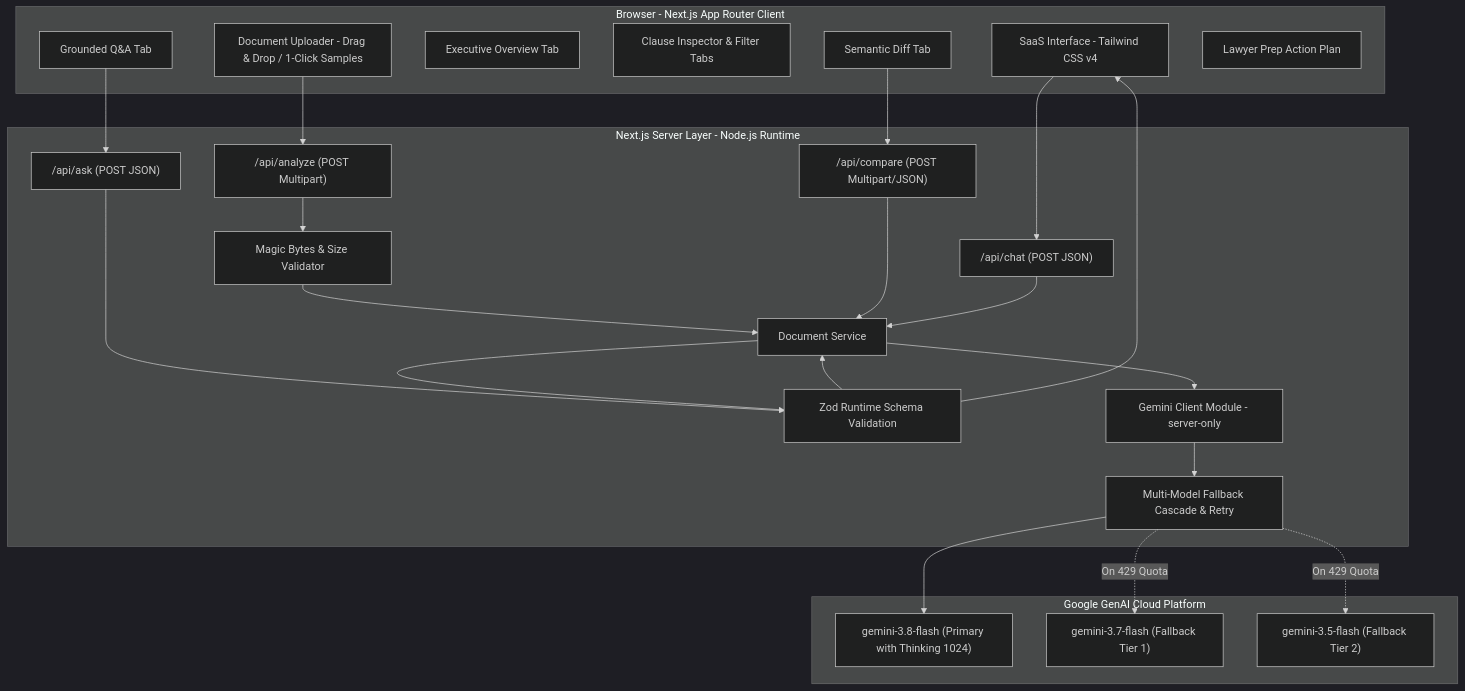
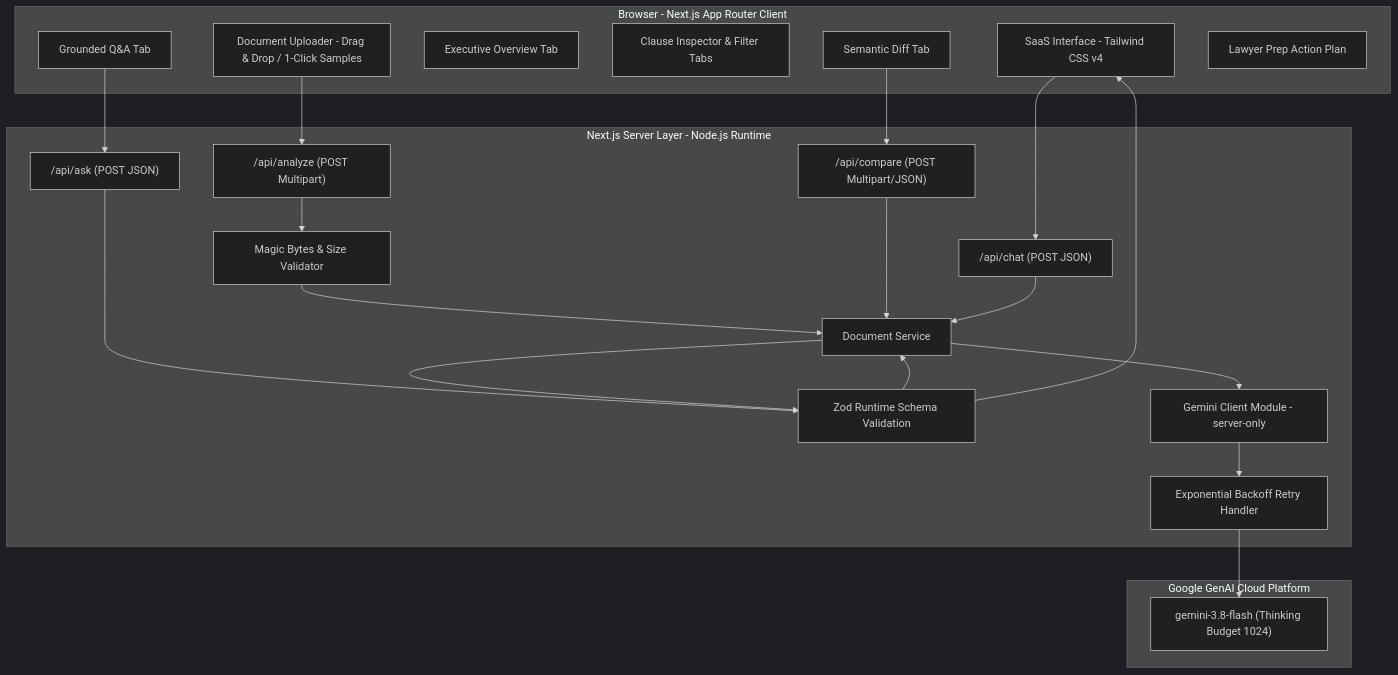
The diagram in README.md (SayanModakDev/clausewise-ai), drawn with Mermaid (dark theme) before and after one commit. The commit also changed other lines of this file and 6 other files, not shown here.

Commit message:
feat: add core UI components, Gemini integration module, and robust retry handler

````diff
--- a/README.md
+++ b/README.md
@@ -126,48 +126,43 @@
 ```mermaid
 flowchart TD
     subgraph Client [Browser - Next.js App Router Client]
         UI[SaaS Interface - Tailwind CSS v4]
         Upload[Document Uploader - Drag & Drop / 1-Click Samples]
         Overview[Executive Overview Tab]
         Clauses[Clause Inspector & Filter Tabs]
         Ask[Grounded Q&A Tab]
         Compare[Semantic Diff Tab]
         ActionPlan[Lawyer Prep Action Plan]
     end
 
     subgraph Server [Next.js Server Layer - Node.js Runtime]
         API_Analyze["/api/analyze (POST Multipart)"]
         API_Ask["/api/ask (POST JSON)"]
         API_Compare["/api/compare (POST Multipart/JSON)"]
         API_Chat["/api/chat (POST JSON)"]
 
         DocService[Document Service]
         MagicBytes[Magic Bytes & Size Validator]
         ZodValidator[Zod Runtime Schema Validation]
         GeminiClient[Gemini Client Module - server-only]
-        RetryFallback[Multi-Model Fallback Cascade & Retry]
+        RetryHandler[Exponential Backoff Retry Handler]
     end
 
     subgraph GeminiService [Google GenAI Cloud Platform]
-        Gemini38["gemini-3.8-flash (Primary with Thinking 1024)"]
-        Gemini37["gemini-3.7-flash (Fallback Tier 1)"]
-        Gemini35["gemini-3.5-flash (Fallback Tier 2)"]
+        Gemini38["gemini-3.8-flash (Thinking Budget 1024)"]
     end
 
     Upload --> API_Analyze
     Ask --> API_Ask
     Compare --> API_Compare
     UI --> API_Chat
 
     API_Analyze --> MagicBytes --> DocService
     API_Ask --> ZodValidator --> DocService
     API_Compare --> DocService
     API_Chat --> DocService
 
-    DocService --> GeminiClient --> RetryFallback
-    RetryFallback --> Gemini38
-    RetryFallback -.->|On 429 Quota| Gemini37
-    RetryFallback -.->|On 429 Quota| Gemini35
+    DocService --> GeminiClient --> RetryHandler --> Gemini38
 
     DocService --> ZodValidator --> UI
 ```
````
